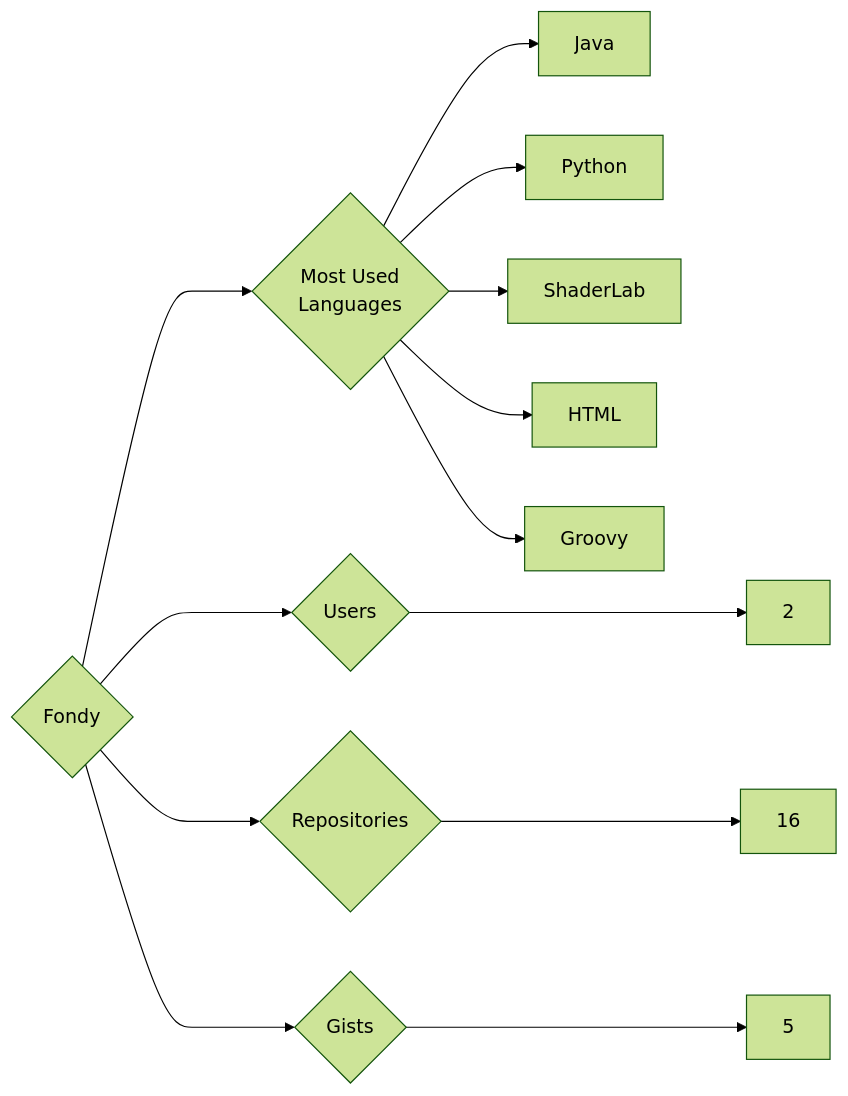
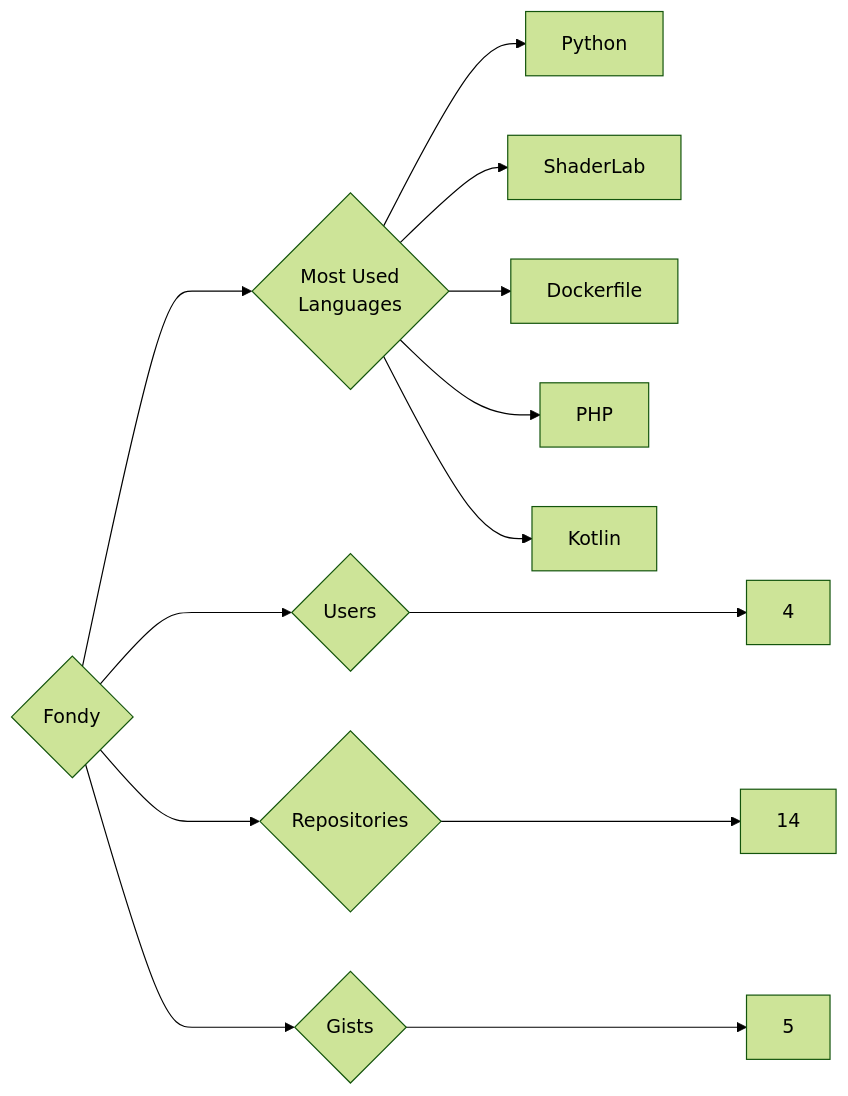
The diagram in targets/Fondy/README.md (trickest/insiders), drawn with Mermaid (forest theme) before and after one commit. The commit also changed 1170 other files, not shown here.

````diff
--- a/targets/Fondy/README.md
+++ b/targets/Fondy/README.md
@@ -3,13 +3,13 @@
 ```mermaid
 graph LR
 COMPANY_NAME{Fondy}
-COMPANY_NAME ---> U{Users} ---> UN[2]
-COMPANY_NAME ---> R{Repositories} ---> RN[16]
+COMPANY_NAME ---> U{Users} ---> UN[4]
+COMPANY_NAME ---> R{Repositories} ---> RN[14]
 COMPANY_NAME ---> G{Gists} ---> GN[5]
 COMPANY_NAME ---> ML{Most Used<br>Languages}
-ML --> Java[Java]
 ML --> Python[Python]
 ML --> ShaderLab[ShaderLab]
-ML --> HTML[HTML]
-ML --> Groovy[Groovy]
+ML --> Dockerfile[Dockerfile]
+ML --> PHP[PHP]
+ML --> Kotlin[Kotlin]
 ```
````
